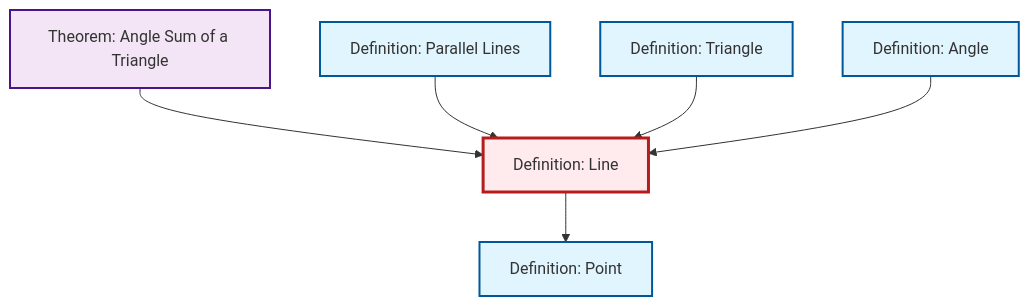
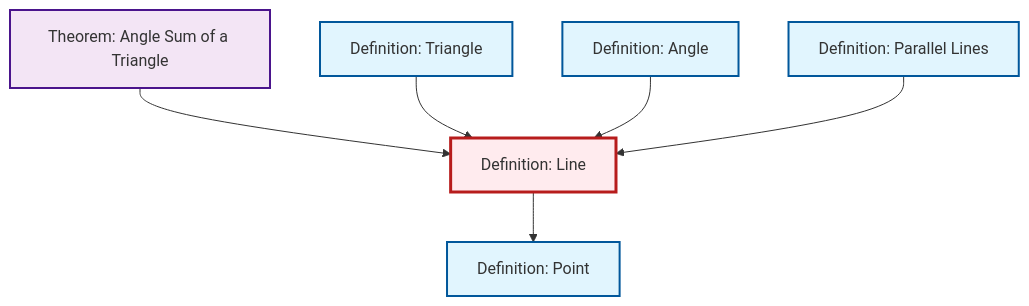
The diagram in content/ja/geometry/def-line.qmd (RK0429/ModernMath), drawn with Mermaid before and after one commit. The commit also changed other lines of this file and 619 other files, not shown here.

````diff
--- a/content/ja/geometry/def-line.qmd
+++ b/content/ja/geometry/def-line.qmd
@@ -46,26 +46,26 @@
 ```{mermaid}
 %%| fig-cap: "Local dependency graph"
 graph TD
     classDef definition fill:#e1f5fe,stroke:#01579b,stroke-width:2px
     classDef theorem fill:#f3e5f5,stroke:#4a148c,stroke-width:2px
     classDef axiom fill:#fff3e0,stroke:#e65100,stroke-width:2px
     classDef example fill:#e8f5e9,stroke:#1b5e20,stroke-width:2px
     classDef current fill:#ffebee,stroke:#b71c1c,stroke-width:3px
+    def-parallel["Definition: Parallel Lines"]:::definition
+    def-point["Definition: Point"]:::definition
     thm-angle-sum-triangle["Theorem: Angle Sum of a Triangle"]:::theorem
     def-triangle["Definition: Triangle"]:::definition
     def-line["Definition: Line"]:::definition
     def-angle["Definition: Angle"]:::definition
-    def-parallel["Definition: Parallel Lines"]:::definition
-    def-point["Definition: Point"]:::definition
     thm-angle-sum-triangle --> def-line
+    def-triangle --> def-line
+    def-angle --> def-line
     def-parallel --> def-line
     def-line --> def-point
-    def-triangle --> def-line
-    def-angle --> def-line
     class def-line current
+    click def-parallel "def-parallel.html" "Definition: Parallel Linesへ"
+    click def-point "def-point.html" "Definition: Pointへ"
     click thm-angle-sum-triangle "thm-angle-sum-triangle.html" "Theorem: Angle Sum of a Triangleへ"
     click def-triangle "def-triangle.html" "Definition: Triangleへ"
     click def-angle "def-angle.html" "Definition: Angleへ"
-    click def-parallel "def-parallel.html" "Definition: Parallel Linesへ"
-    click def-point "def-point.html" "Definition: Pointへ"
 ```
````
